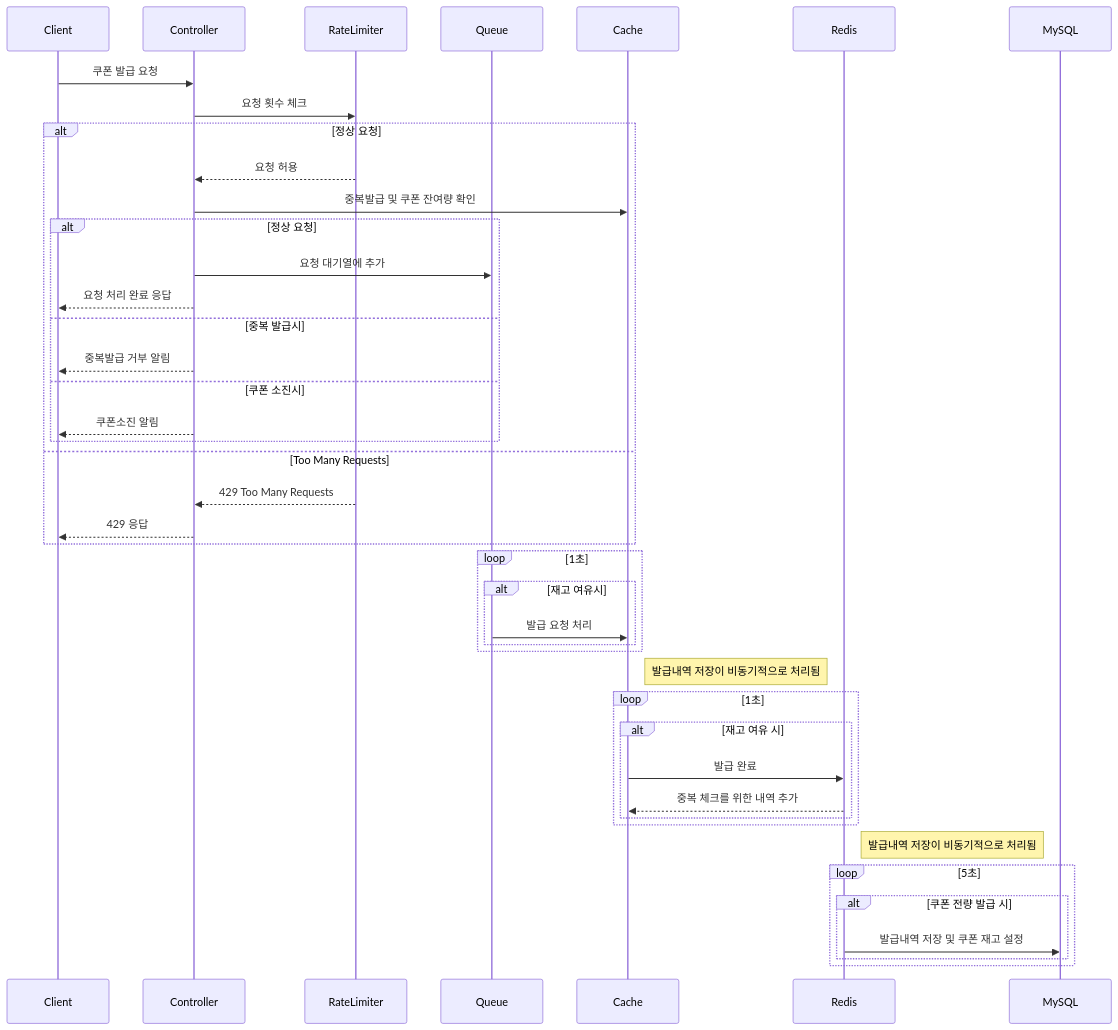
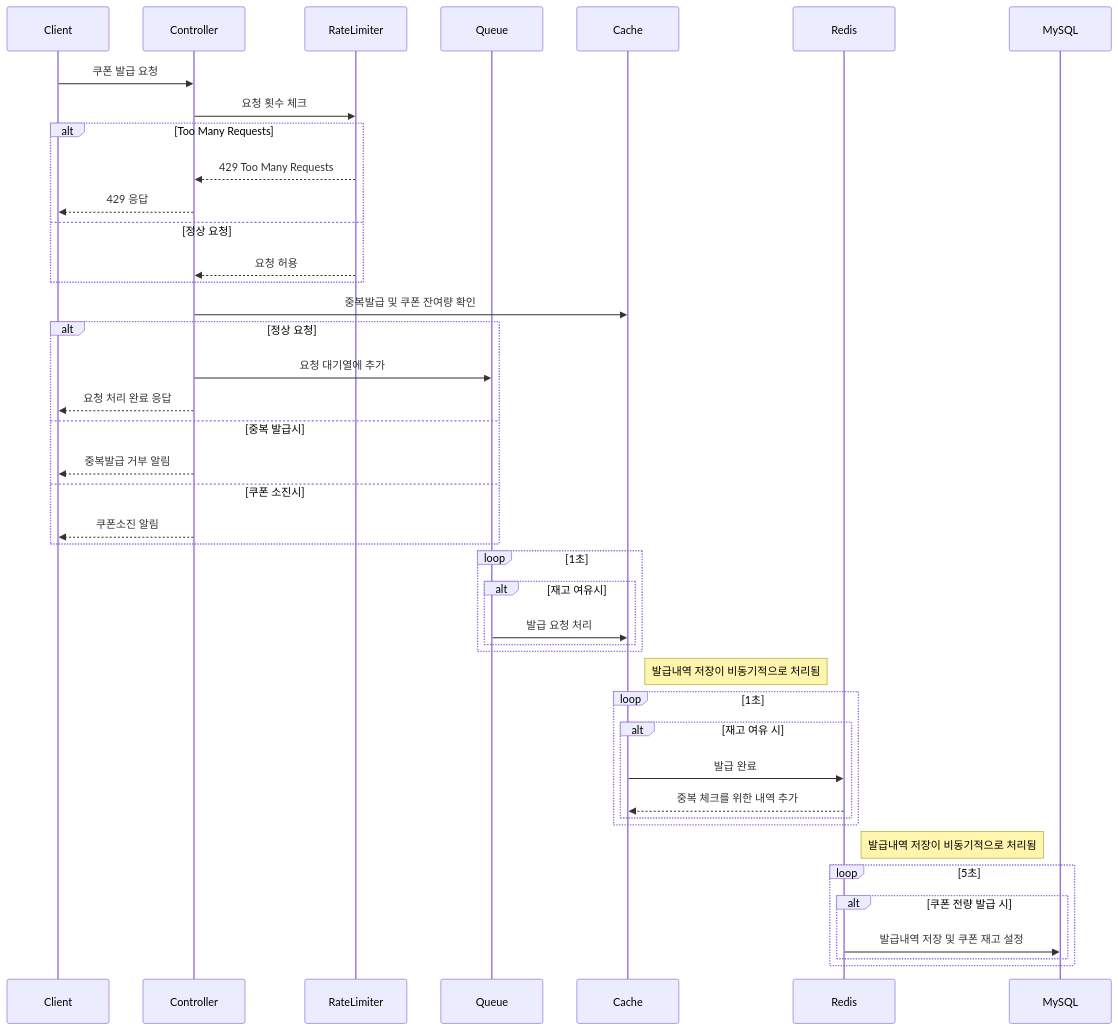
One commit to bazzi2548/coupon changed the diagram in README.md. Above: the diagram before and after it, drawn with Mermaid. The commit also changed other lines of this file, not shown here.

````diff
--- a/README.md
+++ b/README.md
@@ -17,48 +11,48 @@
 ``` mermaid
 sequenceDiagram
     participant Client
     participant Controller
     participant RateLimiter
     participant Queue
     participant Cache
     participant Redis
     participant MySQL
     
     Client->>Controller: 쿠폰 발급 요청
     Controller->>RateLimiter: 요청 횟수 체크
-    alt 정상 요청
+    alt Too Many Requests
+        RateLimiter-->>Controller: 429 Too Many Requests
+        Controller-->>Client: 429 응답  
+    else 정상 요청
         RateLimiter-->>Controller: 요청 허용
-        Controller ->> Cache: 중복발급 및 쿠폰 잔여량 확인
-        alt 정상 요청  
-            Controller->>Queue: 요청 대기열에 추가
-            Controller-->>Client: 요청 처리 완료 응답
-        else 중복 발급시
-            Controller-->>Client: 중복발급 거부 알림
-        else 쿠폰 소진시
-            Controller-->>Client: 쿠폰소진 알림
-        end
-    else Too Many Requests
-        RateLimiter-->>Controller: 429 Too Many Requests
-        Controller-->>Client: 429 응답       
+    end
+    Controller ->> Cache: 중복발급 및 쿠폰 잔여량 확인
+    alt 정상 요청  
+        Controller->>Queue: 요청 대기열에 추가
+        Controller-->>Client: 요청 처리 완료 응답
+    else 중복 발급시
+        Controller-->>Client: 중복발급 거부 알림
+    else 쿠폰 소진시
+        Controller-->>Client: 쿠폰소진 알림
     end
 
     loop 1초
         alt 재고 여유시
             Queue->>Cache: 발급 요청 처리
         end
     end
     
     Note right of Cache: 발급내역 저장이 비동기적으로 처리됨
     loop 1초
         alt 재고 여유 시
             Cache->>Redis: 발급 완료
             Redis-->>Cache: 중복 체크를 위한 내역 추가
         end
     end
     Note right of Redis: 발급내역 저장이 비동기적으로 처리됨
     loop 5초
         alt 쿠폰 전량 발급 시
             Redis->>MySQL: 발급내역 저장 및 쿠폰 재고 설정
         end
     end
 ```
````
